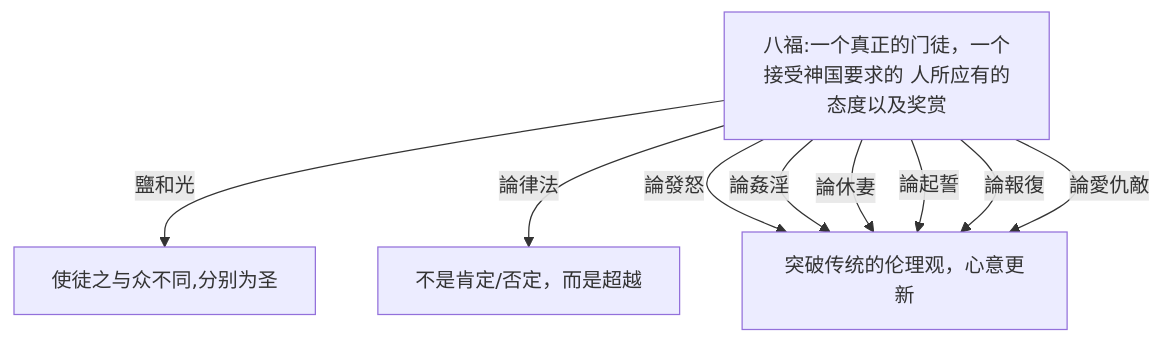
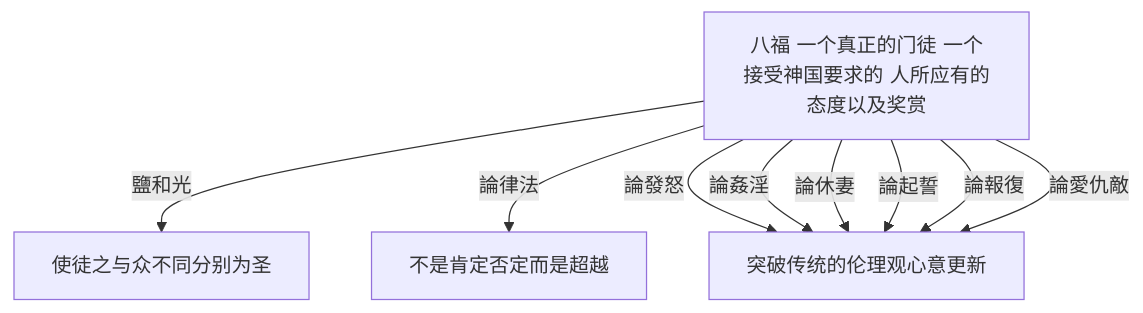
One commit to whysolution/bible_reading changed the fourth of 4 diagrams in Matthew.md. Above: the diagram before and after it, drawn with Mermaid.

````diff
--- a/Matthew.md
+++ b/Matthew.md
@@ -451,13 +451,13 @@
 ```mermaid
 flowchart TD
-B[八福:一个真正的门徒，一个接受神国要求的 人所应有的态度以及奖赏]
-C[突破传统的伦理观，心意更新]
-B--鹽和光-->A[使徒之与众不同,分别为圣]
-B--論律法-->D[不是肯定/否定，而是超越]
+B[八福 一个真正的门徒 一个接受神国要求的 人所应有的态度以及奖赏]
+C[突破传统的伦理观心意更新]
+B--鹽和光-->A[使徒之与众不同分别为圣]
+B--論律法-->D[不是肯定否定而是超越]
 B--論發怒-->C
 B--論姦淫-->C
 B--論休妻-->C
 B--論起誓-->C
 B--論報復-->C
 B--論愛仇敵-->C
 ```
````
